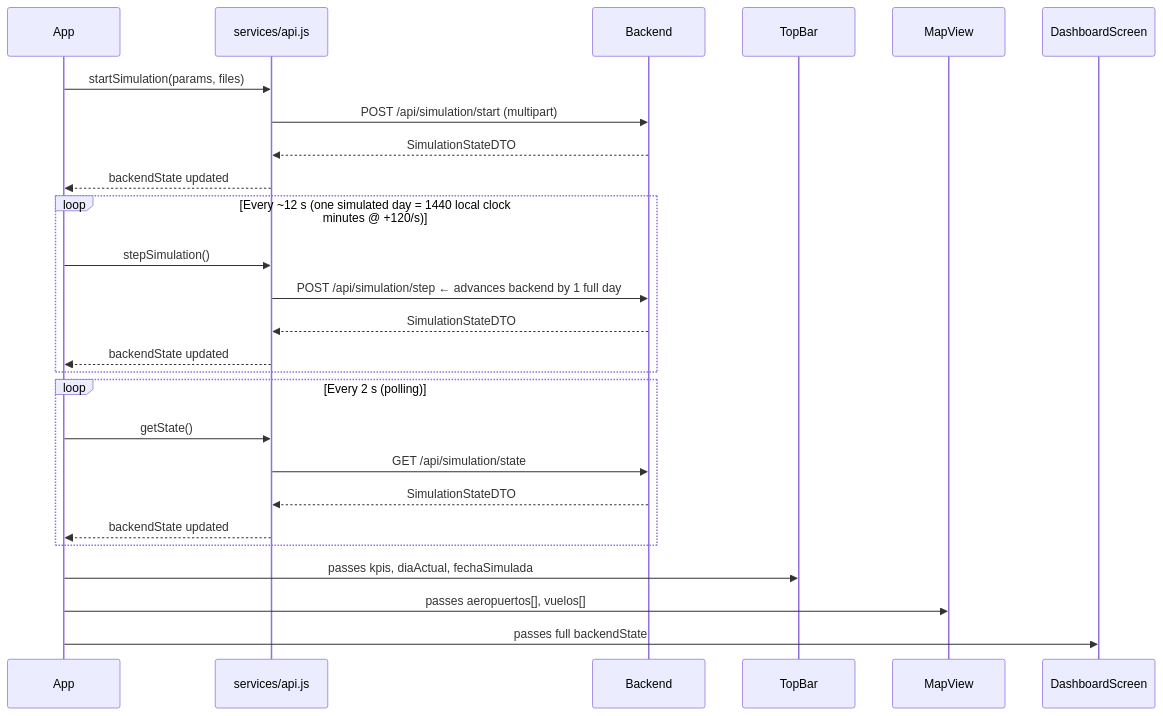
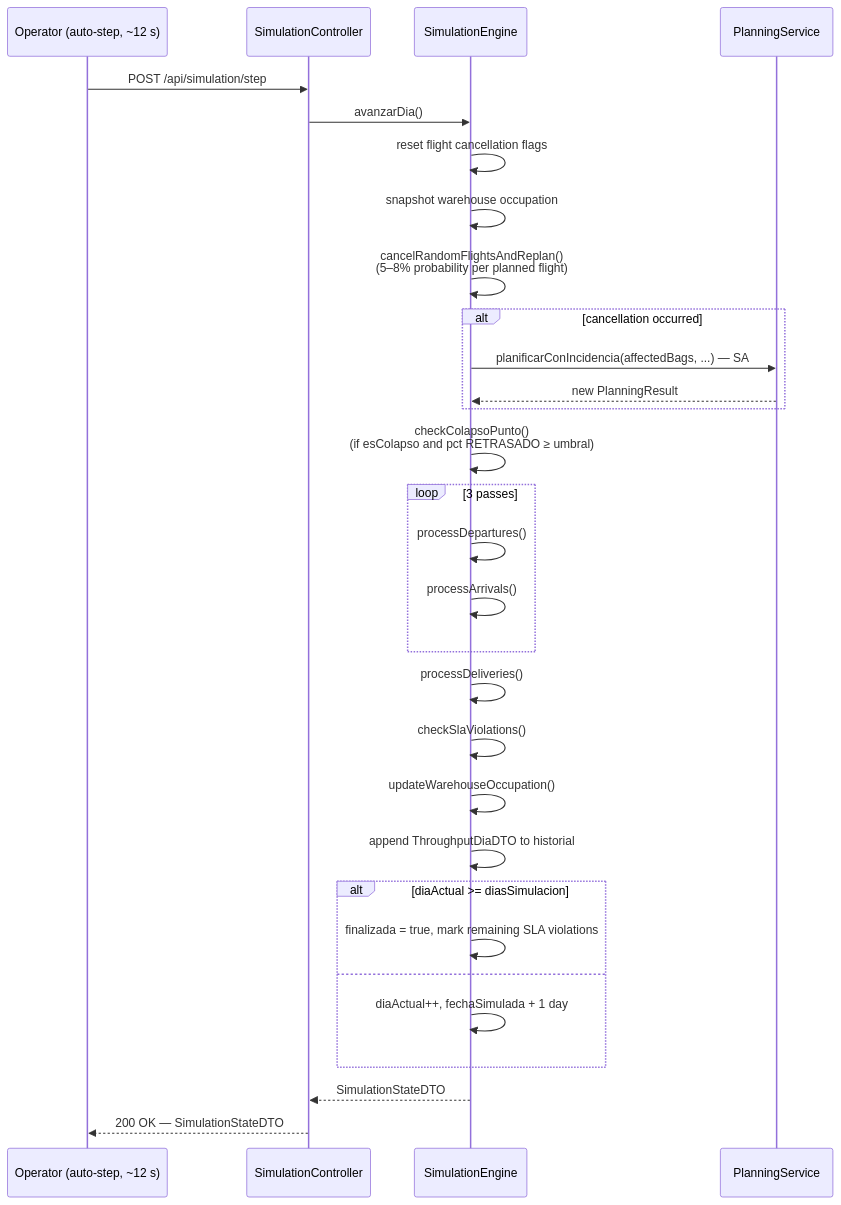
Before and after one commit to CascoOnce/luggage_manager: the third of 3 diagrams in README.md, drawn with Mermaid. The commit also changed other lines of this file and 14 other files, not shown here.

````diff
--- a/README.md
+++ b/README.md
@@ -264,29 +162,33 @@
 ```mermaid
 sequenceDiagram
-    participant App
-    participant api as services/api.js
-    participant Backend
+    participant Op as Operator (auto-step, ~12 s)
+    participant SC as SimulationController
+    participant SE as SimulationEngine
+    participant PS as PlanningService
 
-    App->>api: startSimulation(params, files)
-    api->>Backend: POST /api/simulation/start (multipart)
-    Backend-->>api: SimulationStateDTO
-    api-->>App: backendState updated
-
-    loop Every ~12 s (one simulated day = 1440 local clock minutes @ +120/s)
-        App->>api: stepSimulation()
-        api->>Backend: POST /api/simulation/step  ← advances backend by 1 full day
-        Backend-->>api: SimulationStateDTO
-        api-->>App: backendState updated
+    Op->>SC: POST /api/simulation/step
+    SC->>SE: avanzarDia()
+    SE->>SE: reset flight cancellation flags
+    SE->>SE: snapshot warehouse occupation
+    SE->>SE: cancelRandomFlightsAndReplan()<br/>(5–8% probability per planned flight)
+    alt cancellation occurred
+        SE->>PS: planificarConIncidencia(affectedBags, ...) — SA
+        PS-->>SE: new PlanningResult
     end
-
-    loop Every 2 s (polling)
-        App->>api: getState()
-        api->>Backend: GET /api/simulation/state
-        Backend-->>api: SimulationStateDTO
-        api-->>App: backendState updated
+    SE->>SE: checkColapsoPunto()<br/>(if esColapso and pct RETRASADO ≥ umbral)
+    loop 3 passes
+        SE->>SE: processDepartures()
+        SE->>SE: processArrivals()
     end
-
-    App->>TopBar: passes kpis, diaActual, fechaSimulada
-    App->>MapView: passes aeropuertos[], vuelos[]
-    App->>DashboardScreen: passes full backendState
+    SE->>SE: processDeliveries()
+    SE->>SE: checkSlaViolations()
+    SE->>SE: updateWarehouseOccupation()
+    SE->>SE: append ThroughputDiaDTO to historial
+    alt diaActual >= diasSimulacion
+        SE->>SE: finalizada = true, mark remaining SLA violations
+    else
+        SE->>SE: diaActual++, fechaSimulada + 1 day
+    end
+    SE-->>SC: SimulationStateDTO
+    SC-->>Op: 200 OK — SimulationStateDTO
 ```
````
